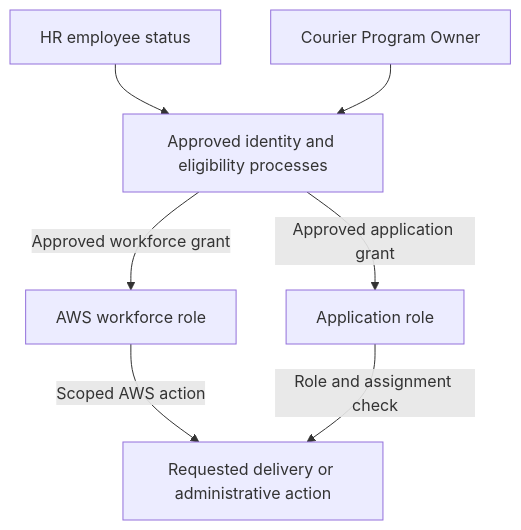
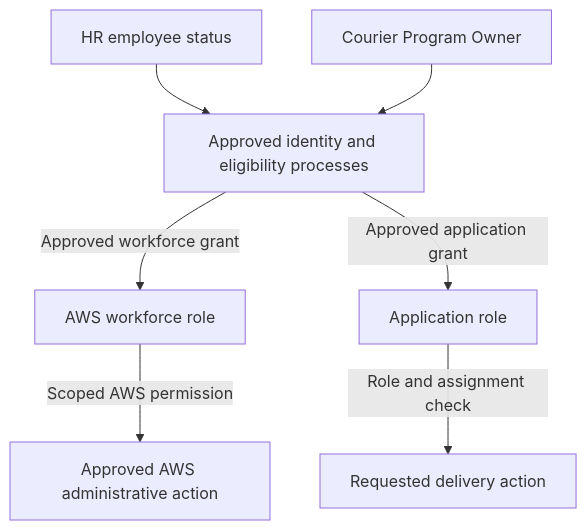
The diagram in diagrams/identity-and-access-flow.md (neofyte-grc/cloud-security-operations-blueprint), drawn with Mermaid before and after one commit. The commit also changed other lines of this file and 2 other files, not shown here.

Commit message:
Finalize Project 4 documentation audit

````diff
--- a/diagrams/identity-and-access-flow.md
+++ b/diagrams/identity-and-access-flow.md
@@ -5,16 +5,17 @@
 ```mermaid
 flowchart TB
     HR["HR employee status"]
     CourierOwner["Courier Program Owner"]
     Identity["Approved identity and eligibility processes"]
     AWSRole["AWS workforce role"]
     AppRole["Application role"]
-    Action["Requested delivery or administrative action"]
+    AdminAction["Approved AWS administrative action"]
+    DeliveryAction["Requested delivery action"]
 
     HR --> Identity
     CourierOwner --> Identity
     Identity -->|"Approved workforce grant"| AWSRole
     Identity -->|"Approved application grant"| AppRole
-    AWSRole -->|"Scoped AWS action"| Action
-    AppRole -->|"Role and assignment check"| Action
+    AWSRole -->|"Scoped AWS permission"| AdminAction
+    AppRole -->|"Role and assignment check"| DeliveryAction
 ```
````
